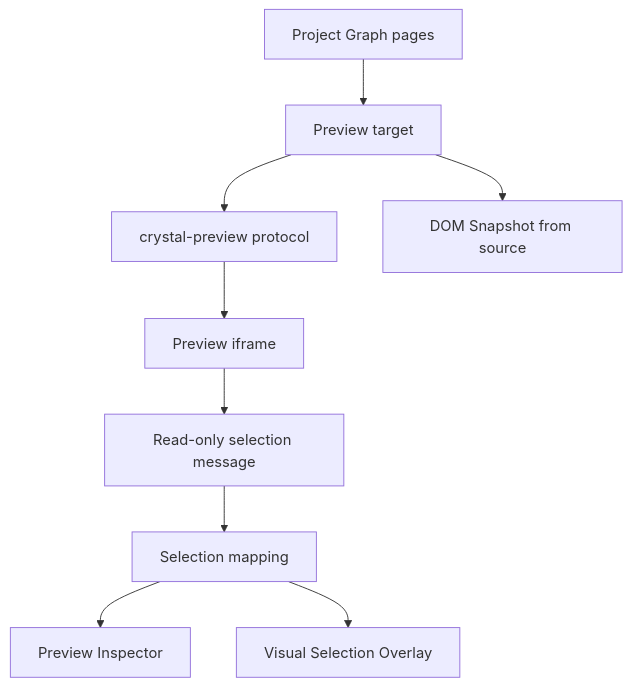
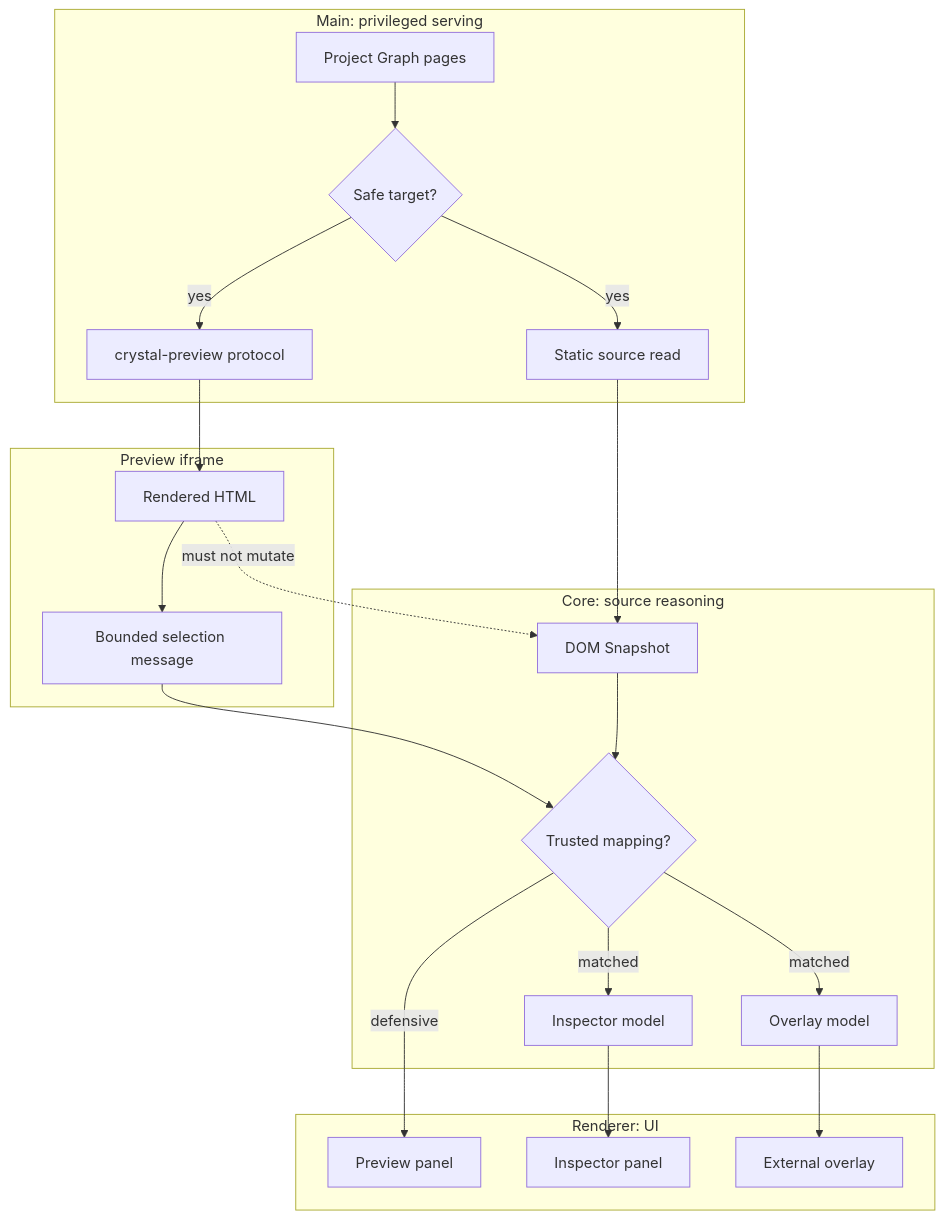
The diagram in docs/architecture/preview/README.md (krestosa/Crystal), drawn with Mermaid before and after one commit. The commit also changed other lines of this file and 12 other files, not shown here.

````diff
--- a/docs/architecture/preview/README.md
+++ b/docs/architecture/preview/README.md
@@ -15,11 +74,37 @@
 ```mermaid
 flowchart TD
-  Graph[Project Graph pages] --> Target[Preview target]
-  Target --> Protocol[crystal-preview protocol]
-  Protocol --> Iframe[Preview iframe]
-  Target --> Snapshot[DOM Snapshot from source]
-  Iframe --> Selection[Read-only selection message]
-  Selection --> Mapping[Selection mapping]
-  Mapping --> Inspector[Preview Inspector]
-  Mapping --> Overlay[Visual Selection Overlay]
+  subgraph Main[Main: privileged serving]
+    Graph[Project Graph pages]
+    Target{Safe target?}
+    Protocol[crystal-preview protocol]
+    SourceRead[Static source read]
+  end
+
+  subgraph Browser[Preview iframe]
+    Rendered[Rendered HTML]
+    Click[Bounded selection message]
+  end
+
+  subgraph Core[Core: source reasoning]
+    Snapshot[DOM Snapshot]
+    Mapping{Trusted mapping?}
+    Inspector[Inspector model]
+    OverlayModel[Overlay model]
+  end
+
+  subgraph Renderer[Renderer: UI]
+    PreviewPanel[Preview panel]
+    InspectorPanel[Inspector panel]
+    Overlay[External overlay]
+  end
+
+  Graph --> Target
+  Target -->|yes| Protocol --> Rendered
+  Target -->|yes| SourceRead --> Snapshot
+  Rendered --> Click --> Mapping
+  Snapshot --> Mapping
+  Mapping -->|matched| Inspector --> InspectorPanel
+  Mapping -->|matched| OverlayModel --> Overlay
+  Mapping -->|defensive| PreviewPanel
+  Rendered -. must not mutate .-> Snapshot
 ```
````
